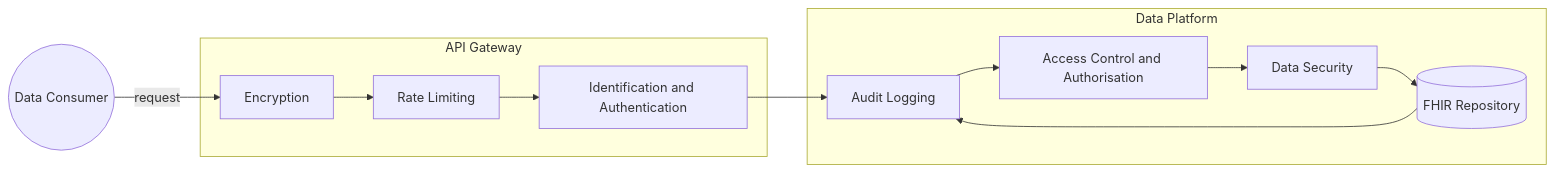
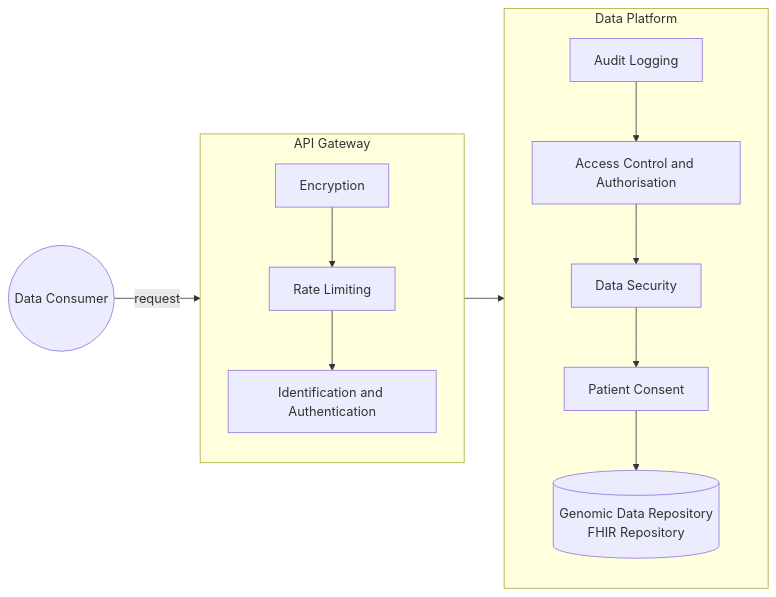
One commit to uk-gov-mirror/nw-gmsa.nw-gmsa.github.com changed the first of 4 diagrams in input/pagecontent/api-security.md. Above: the diagram before and after it, drawn with Mermaid. The commit also changed other lines of this file and 1 other file, not shown here.

````diff
--- a/input/pagecontent/api-security.md
+++ b/input/pagecontent/api-security.md
@@ -7,28 +7,30 @@
 ```mermaid
 graph LR
 
 consumer((Data Consumer))
 
 subgraph APIGateway[API Gateway]
     enc[Encryption]
     rate[Rate Limiting]
     id[Identification and Authentication] 
 end
 
 subgraph DataPlatform[Data Platform]
     auth[Access Control and Authorisation]
     audit1[Audit Logging]
+    consent[Patient Consent]
     data[Data Security]
-    api[(FHIR Repository)]
+    api[(Genomic Data Repository<br/>FHIR Repository)]
 end
 
-consumer --> |request| enc
+consumer --> |request| APIGateway
 enc --> rate
 rate --> id
 
-id --> audit1
+APIGateway --> DataPlatform
+
 audit1 --> auth
-auth -->  data 
-data --> api
-api --> audit1
+auth -->  data
+data --> consent 
+consent --> api
 ```
````
